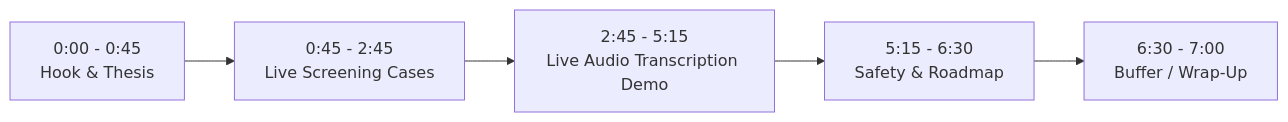
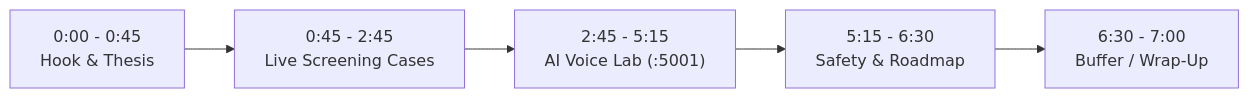
The diagram in DEMO_TESTING_PLAN.md (ieatpiYT/KinGuard), drawn with Mermaid before and after one commit. The commit also changed other lines of this file and 32 other files, not shown here.

````diff
--- a/DEMO_TESTING_PLAN.md
+++ b/DEMO_TESTING_PLAN.md
@@ -41,7 +39,7 @@
 ```mermaid
 flowchart LR
     A["0:00 - 0:45<br/>Hook & Thesis"] --> B["0:45 - 2:45<br/>Live Screening Cases"]
-    B --> C["2:45 - 5:15<br/>Live Audio Transcription Demo"]
+    B --> C["2:45 - 5:15<br/>AI Voice Lab (:5001)"]
     C --> D["5:15 - 6:30<br/>Safety & Roadmap"]
     D --> E["6:30 - 7:00<br/>Buffer / Wrap-Up"]
 ```
````
